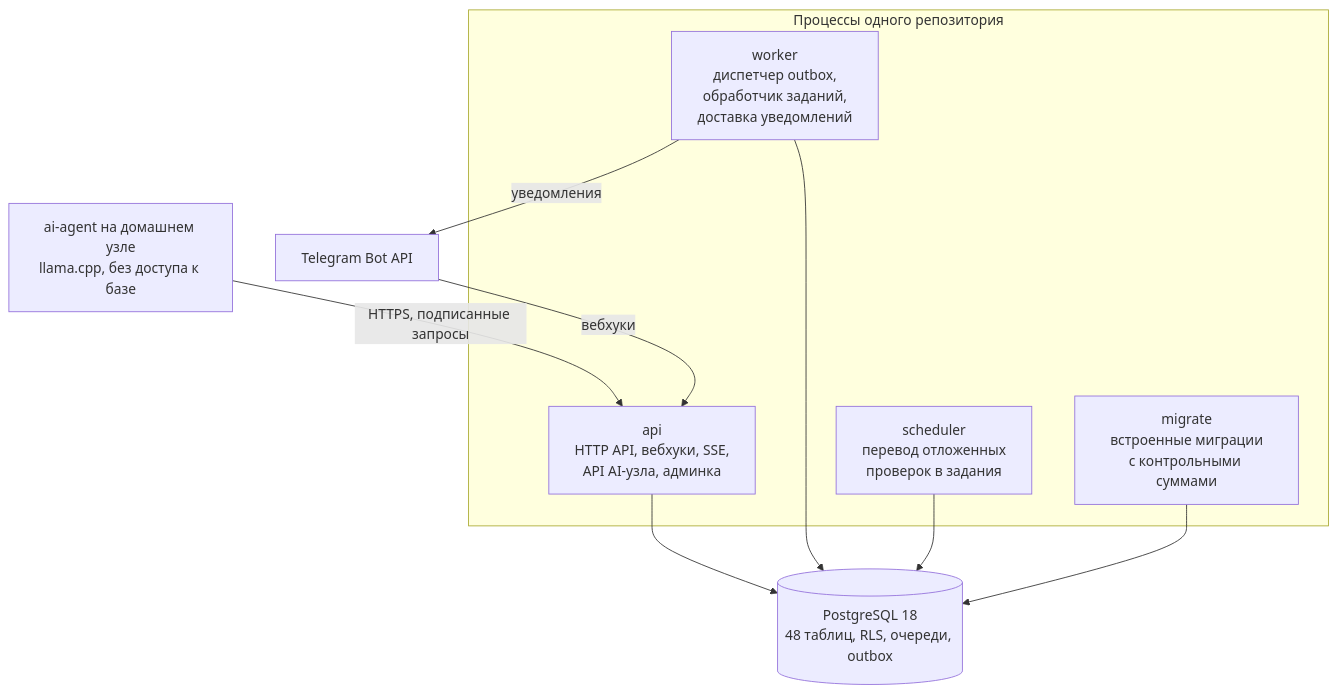
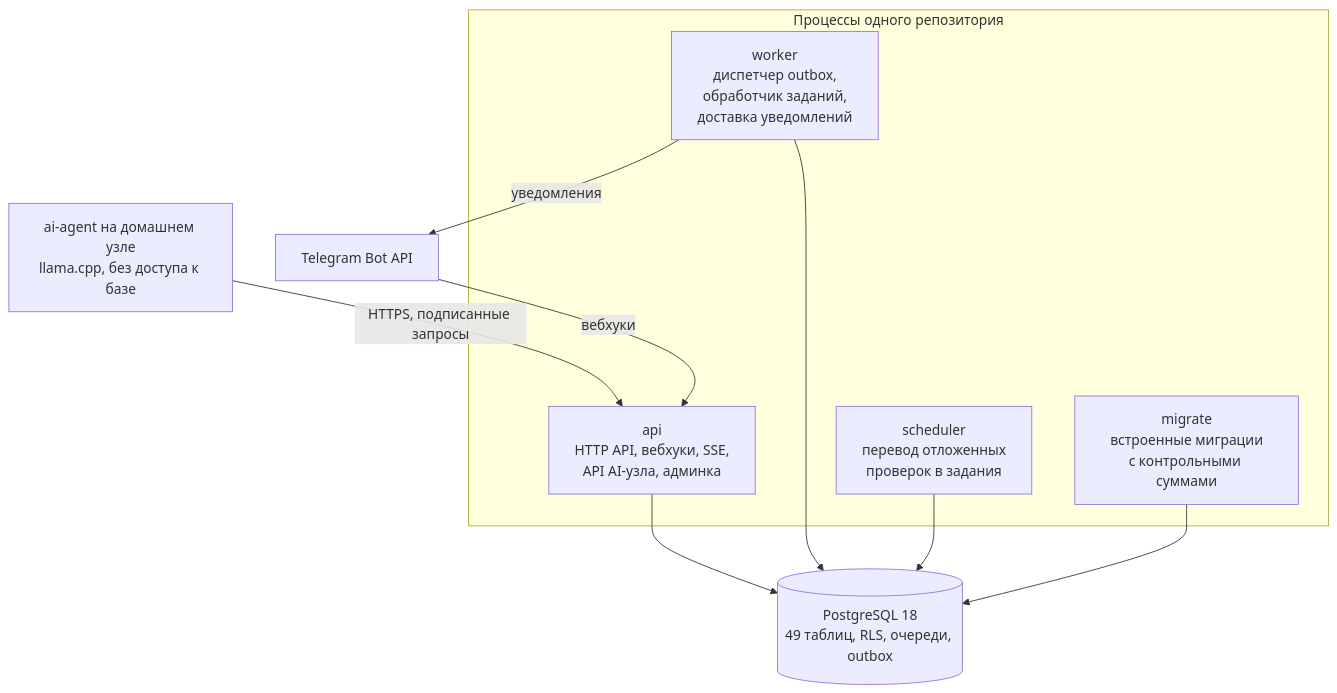
One commit to AleksandrKisler/lidradar changed the first of 5 diagrams in docs/notion/01 Обзор системы.md. Above: the diagram before and after it, drawn with Mermaid. The commit also changed 67 other files, not shown here.

````diff
--- a/docs/notion/01 Обзор системы.md
+++ b/docs/notion/01 Обзор системы.md
@@ -30,19 +30,19 @@
 ```mermaid
 flowchart TB
   subgraph Runtime["Процессы одного репозитория"]
     API["api<br/>HTTP API, вебхуки, SSE,<br/>API AI-узла, админка"]
     Worker["worker<br/>диспетчер outbox,<br/>обработчик заданий,<br/>доставка уведомлений"]
     Sched["scheduler<br/>перевод отложенных<br/>проверок в задания"]
     Migrate["migrate<br/>встроенные миграции<br/>с контрольными суммами"]
   end
-  DB[("PostgreSQL 18<br/>48 таблиц, RLS, очереди, outbox")]
+  DB[("PostgreSQL 18<br/>49 таблиц, RLS, очереди, outbox")]
   Agent["ai-agent на домашнем узле<br/>llama.cpp, без доступа к базе"]
   Telegram["Telegram Bot API"]
   API --> DB
   Worker --> DB
   Sched --> DB
   Migrate --> DB
   Agent -->|HTTPS, подписанные запросы| API
   Worker -->|уведомления| Telegram
   Telegram -->|вебхуки| API
 ```
````
